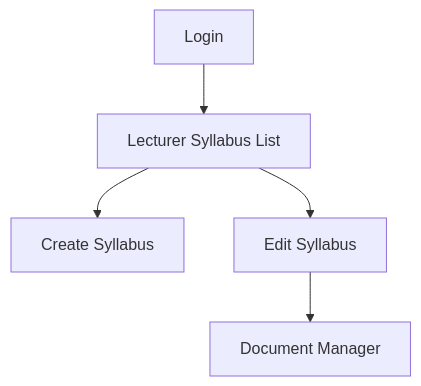
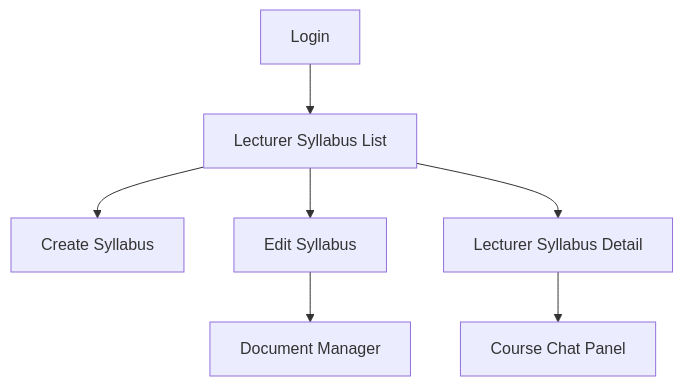
The second of 3 diagrams in docs/srs/docs/user_flows.md (lgdlong/chatbot-rag-fptu-sdn), drawn with Mermaid before and after one commit. The commit also changed other lines of this file and 9 other files, not shown here.

Commit message:
docs(srs): cập nhật phạm vi chat theo syllabus/workspace

````diff
--- a/docs/srs/docs/user_flows.md
+++ b/docs/srs/docs/user_flows.md
@@ -18,7 +18,9 @@
 ```mermaid
 flowchart TD
     A["Login"] --> B["Lecturer Syllabus List"]
     B --> C["Create Syllabus"]
     B --> D["Edit Syllabus"]
-    D --> E["Document Manager"]
+    B --> E["Lecturer Syllabus Detail"]
+    D --> F["Document Manager"]
+    E --> G["Course Chat Panel"]
 ```
````
